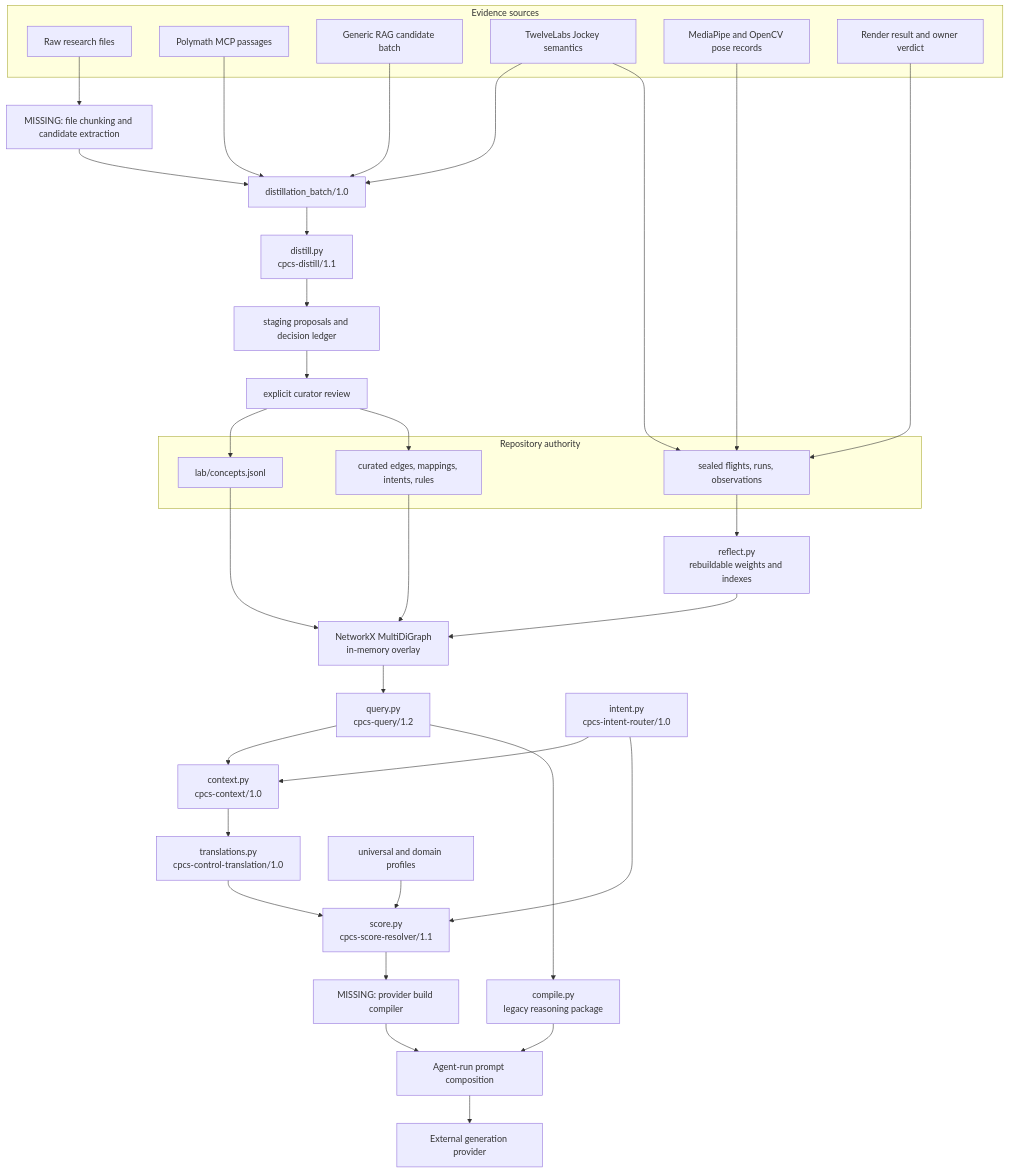
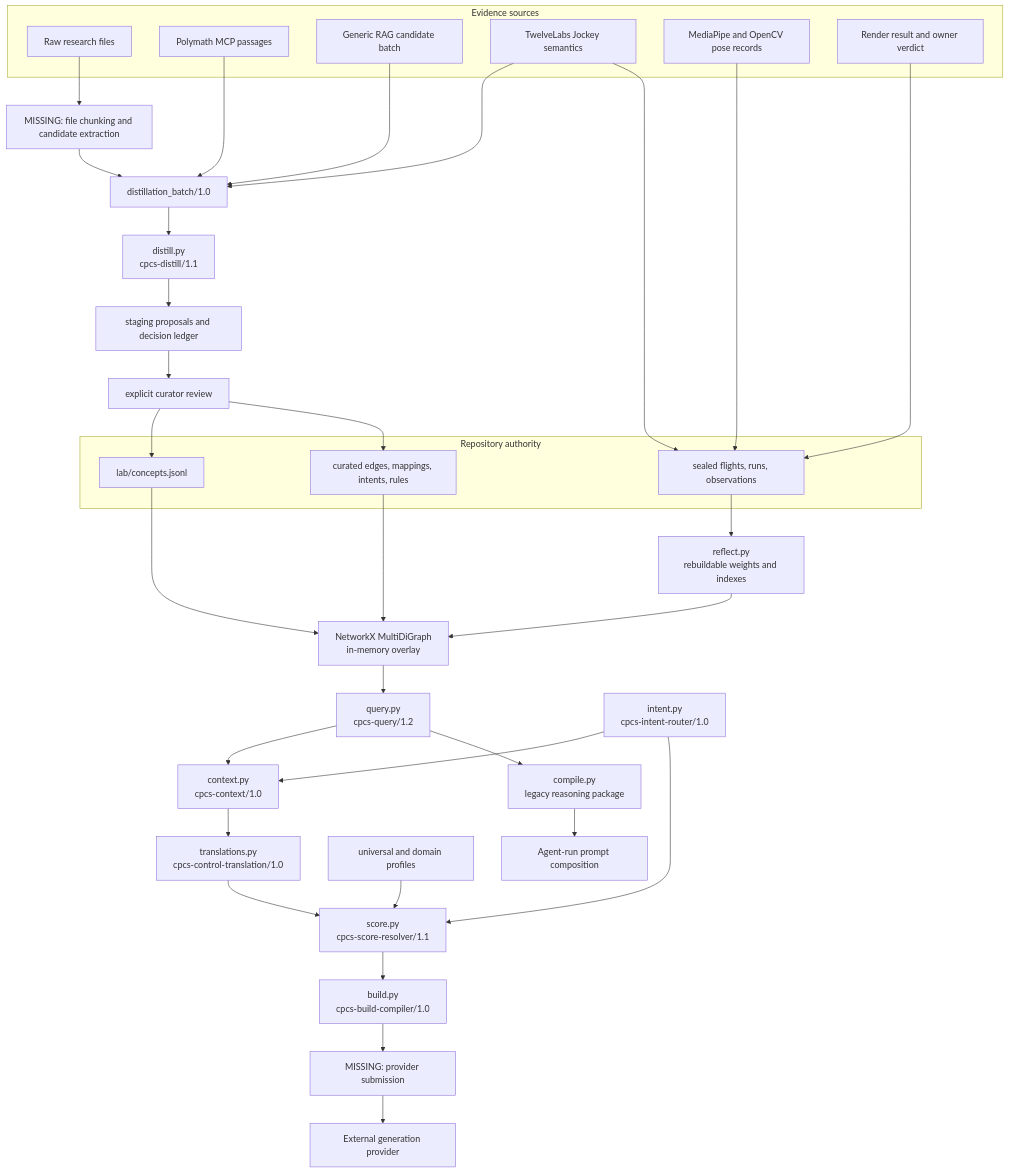
The second of 3 diagrams in ARCHITECTURE.md (Kingsley-Cyber/ai-video-movement-prompt-system), drawn with Mermaid before and after one commit. The commit also changed other lines of this file and 18 other files, not shown here.

First line of the commit message:
Compile canonical scores into provider builds

````diff
--- a/ARCHITECTURE.md
+++ b/ARCHITECTURE.md
@@ -476,58 +477,59 @@
 ```mermaid
 flowchart TB
     subgraph Sources["Evidence sources"]
         Raw["Raw research files"]
         Poly["Polymath MCP passages"]
         Generic["Generic RAG candidate batch"]
         Jockey["TwelveLabs Jockey semantics"]
         Pose["MediaPipe and OpenCV pose records"]
         Verdict["Render result and owner verdict"]
     end
 
     Missing["MISSING: file chunking and candidate extraction"]
     Batch["distillation_batch/1.0"]
     Distill["distill.py\ncpcs-distill/1.1"]
     Staging["staging proposals and decision ledger"]
     Review["explicit curator review"]
 
     subgraph Authority["Repository authority"]
         Concepts["lab/concepts.jsonl"]
         Curated["curated edges, mappings, intents, rules"]
         Immutable["sealed flights, runs, observations"]
     end
 
     Reflect["reflect.py\nrebuildable weights and indexes"]
     Graph["NetworkX MultiDiGraph\nin-memory overlay"]
     Query["query.py\ncpcs-query/1.2"]
     Context["context.py\ncpcs-context/1.0"]
     Intent["intent.py\ncpcs-intent-router/1.0"]
     Translate["translations.py\ncpcs-control-translation/1.0"]
     Profiles["universal and domain profiles"]
     Score["score.py\ncpcs-score-resolver/1.1"]
     Compile["compile.py\nlegacy reasoning package"]
-    MissingBuild["MISSING: provider build compiler"]
+    Build["build.py\ncpcs-build-compiler/1.0"]
+    MissingSubmit["MISSING: provider submission"]
     ManualPrompt["Agent-run prompt composition"]
     Provider["External generation provider"]
 
     Raw --> Missing --> Batch
     Poly --> Batch
     Generic --> Batch
     Jockey --> Batch
     Batch --> Distill --> Staging --> Review
     Review --> Concepts
     Review --> Curated
     Jockey --> Immutable
     Pose --> Immutable
     Verdict --> Immutable
     Immutable --> Reflect
     Reflect --> Graph
     Concepts --> Graph
     Curated --> Graph
     Graph --> Query --> Context
     Intent --> Context
     Intent --> Score
     Context --> Translate --> Score
     Profiles --> Score
-    Score --> MissingBuild --> ManualPrompt
-    Query --> Compile --> ManualPrompt --> Provider
+    Score --> Build --> MissingSubmit --> Provider
+    Query --> Compile --> ManualPrompt
 ```
````
